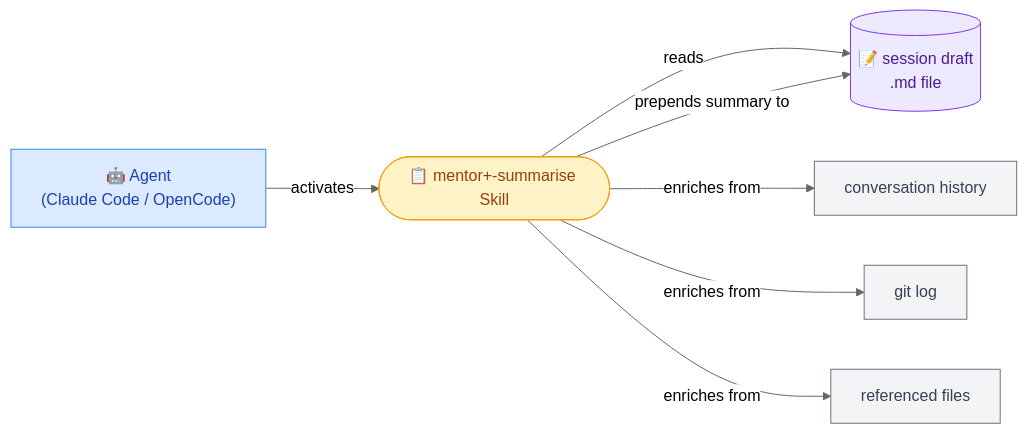
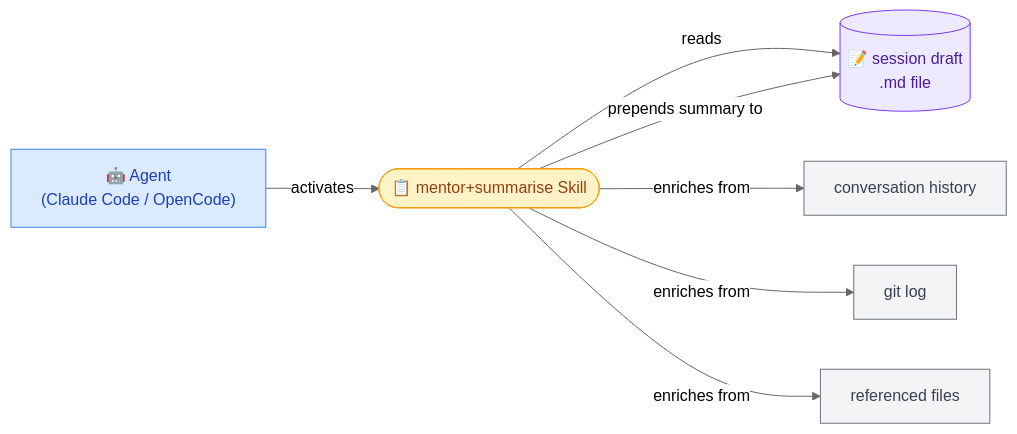
One commit to uittorio/mentor-plugin changed the second of 3 diagrams in README.md. Above: the diagram before and after it, drawn with Mermaid (neutral theme). The commit also changed other lines of this file and 21 other files, not shown here.

````diff
--- a/README.md
+++ b/README.md
@@ -54,14 +56,14 @@
 ```mermaid
 graph LR
     classDef agent fill:#dbeafe,stroke:#3b82f6,color:#1e40af
     classDef skill fill:#fef3c7,stroke:#f59e0b,color:#92400e
     classDef file fill:#ede9fe,stroke:#7c3aed,color:#4c1d95
     classDef source fill:#f3f4f6,stroke:#6b7280,color:#374151
 
-    A["🤖 Agent\n(Claude Code / OpenCode)"]:::agent -->|activates| SK(["📋 mentor+-summarise Skill"]):::skill
+    A["🤖 Agent\n(Claude Code / OpenCode)"]:::agent -->|activates| SK(["📋 mentor+summarise Skill"]):::skill
     SK -->|reads| DRAFT[("📝 session draft\n.md file")]:::file
     SK -->|enriches from| CH["conversation history"]:::source
     SK -->|enriches from| GIT["git log"]:::source
     SK -->|enriches from| CODE["referenced files"]:::source
     SK -->|prepends summary to| DRAFT
 ```
````
